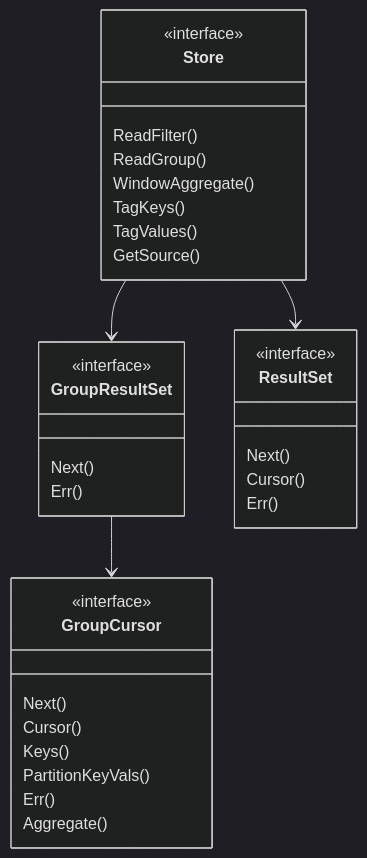
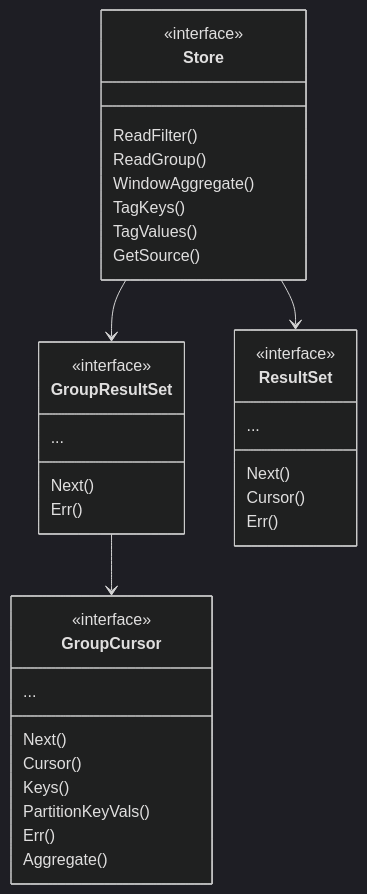
One commit to stefanv5/influxdb changed the third of 3 diagrams in docs/specs/v1.8.10-vs-v1.12.3/03_query_engine_diff.md. Above: the diagram before and after it, drawn with Mermaid (dark theme). The commit also changed other lines of this file and 12 other files, not shown here.

````diff
--- a/docs/specs/v1.8.10-vs-v1.12.3/03_query_engine_diff.md
+++ b/docs/specs/v1.8.10-vs-v1.12.3/03_query_engine_diff.md
@@ -163,35 +172,38 @@
 ```mermaid
 classDiagram
     class Store {
         <<interface>>
         ReadFilter()
         ReadGroup()
         WindowAggregate()
         TagKeys()
         TagValues()
         GetSource()
     }
     class GroupResultSet {
         <<interface>>
         Next()
         Err()
+        ...
     }
     class GroupCursor {
         <<interface>>
         Next()
         Cursor()
         Keys()
         PartitionKeyVals()
         Err()
         Aggregate()
+        ...
     }
     class ResultSet {
         <<interface>>
         Next()
         Cursor()
         Err()
+        ...
     }
     Store --> ResultSet
     Store --> GroupResultSet
     GroupResultSet --> GroupCursor
 ```
````
